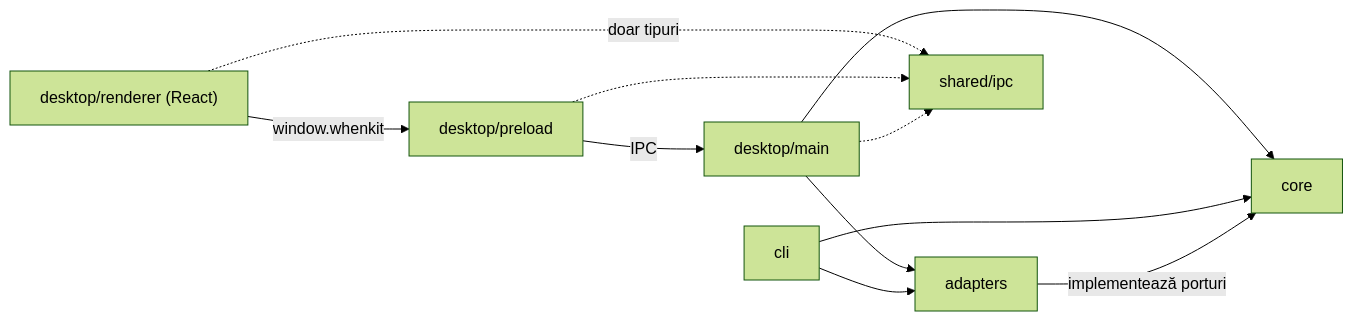
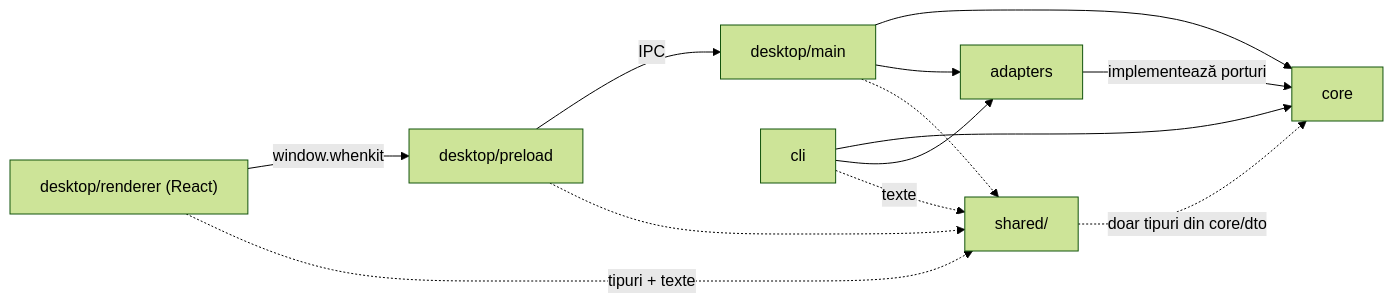
Before and after one commit to Lwcka/whenkit: the first of 3 diagrams in _bmad-output/initiative-whenkit-mvp/architecture-whenkit/architecture-whenkit.md, drawn with Mermaid (forest theme). The commit also changed other lines of this file and 16 other files, not shown here.

````diff
--- a/_bmad-output/initiative-whenkit-mvp/architecture-whenkit/architecture-whenkit.md
+++ b/_bmad-output/initiative-whenkit-mvp/architecture-whenkit/architecture-whenkit.md
@@ -31,13 +31,15 @@
 ```mermaid
 flowchart LR
   renderer["desktop/renderer (React)"] -->|window.whenkit| preload["desktop/preload"]
   preload -->|IPC| main["desktop/main"]
   main --> core
   cli --> core
   main --> adapters
   cli --> adapters
   adapters -->|implementează porturi| core
-  renderer -.->|doar tipuri| shared["shared/ipc"]
+  renderer -.->|tipuri + texte| shared["shared/"]
   preload -.-> shared
   main -.-> shared
+  cli -.->|texte| shared
+  shared -.->|doar tipuri din core/dto| core
 ```
````
